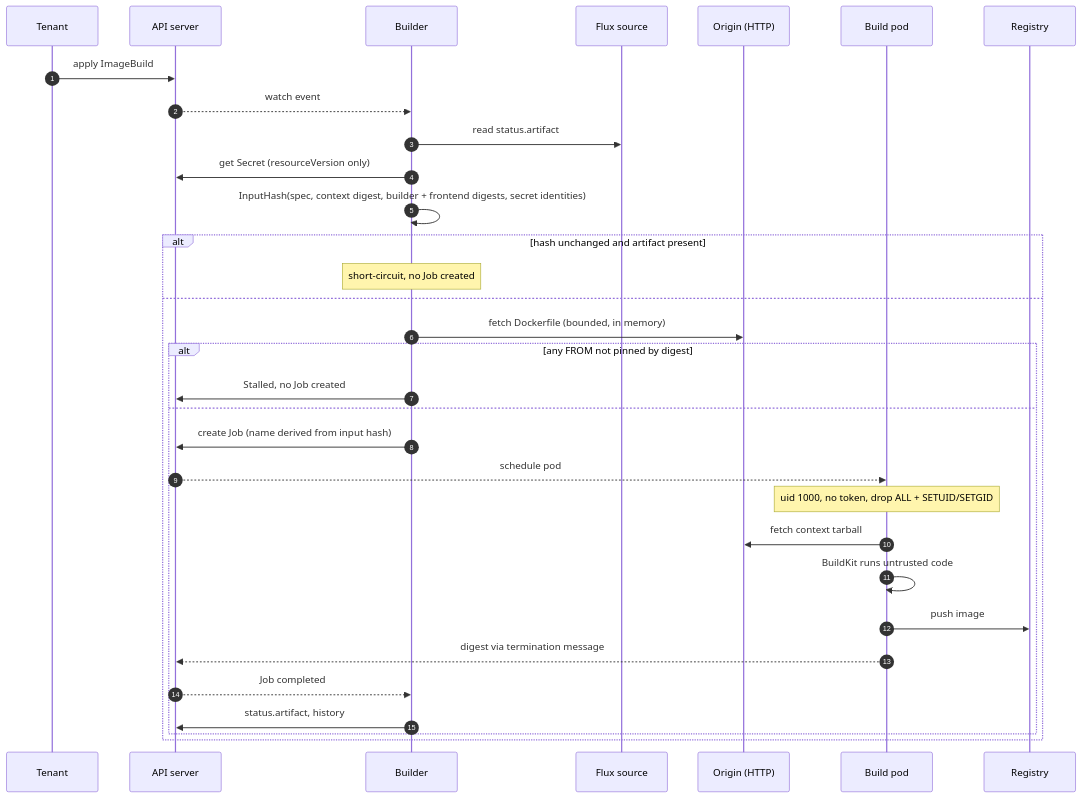
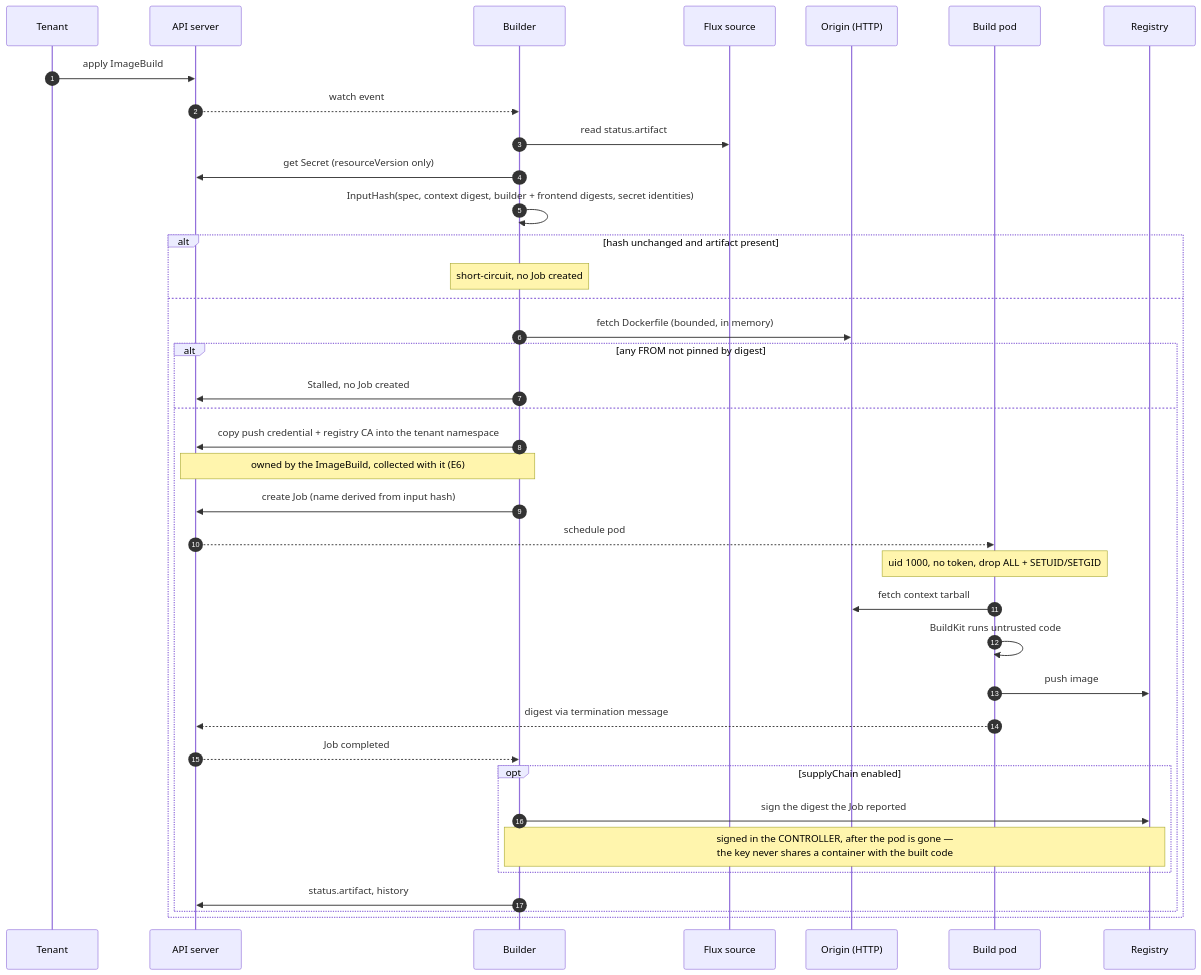
Before and after one commit to lhns/kube-oci-composer: the third of 3 diagrams in docs/threat-model.md, drawn with Mermaid. The commit also changed other lines of this file, not shown here.

````diff
--- a/docs/threat-model.md
+++ b/docs/threat-model.md
@@ -270,36 +295,42 @@
 ```mermaid
 sequenceDiagram
     autonumber
     participant T as Tenant
     participant K as API server
     participant B as Builder
     participant S as Flux source
     participant O as Origin (HTTP)
     participant J as Build pod
     participant R as Registry
 
     T->>K: apply ImageBuild
     K-->>B: watch event
     B->>S: read status.artifact
     B->>K: get Secret (resourceVersion only)
     B->>B: InputHash(spec, context digest, builder + frontend digests, secret identities)
 
     alt hash unchanged and artifact present
         Note over B: short-circuit, no Job created
     else
         B->>O: fetch Dockerfile (bounded, in memory)
         alt any FROM not pinned by digest
             B->>K: Stalled, no Job created
         else
+            B->>K: copy push credential + registry CA into the tenant namespace
+            Note over B,K: owned by the ImageBuild, collected with it (E6)
             B->>K: create Job (name derived from input hash)
             K-->>J: schedule pod
             Note over J: uid 1000, no token, drop ALL + SETUID/SETGID
             J->>O: fetch context tarball
             J->>J: BuildKit runs untrusted code
             J->>R: push image
             J-->>K: digest via termination message
             K-->>B: Job completed
+            opt supplyChain enabled
+                B->>R: sign the digest the Job reported
+                Note over B,R: signed in the CONTROLLER, after the pod is gone —<br/>the key never shares a container with the built code
+            end
             B->>K: status.artifact, history
         end
     end
 ```
````
